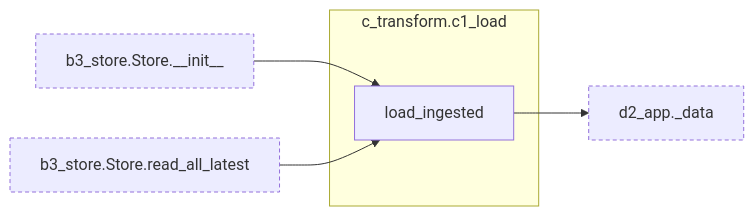
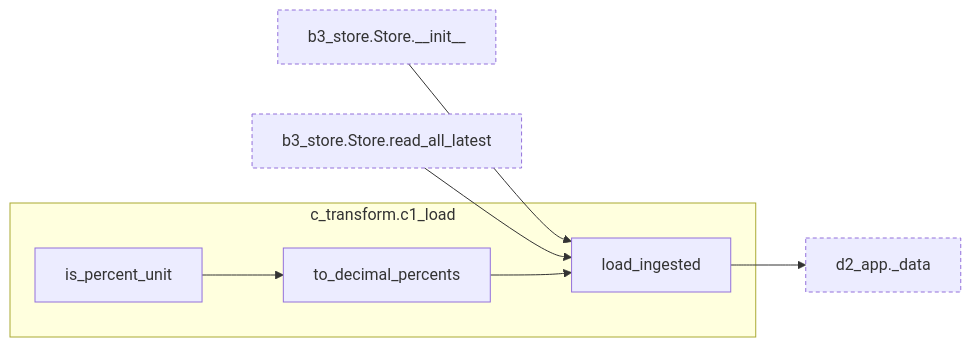
Before and after one commit to bsawyerg15/MacroScan: diagram 11 of 15 in docs/architecture.md, drawn with Mermaid. The commit also changed other lines of this file and 11 other files, not shown here.

````diff
--- a/docs/architecture.md
+++ b/docs/architecture.md
@@ -920,17 +924,23 @@
 ```mermaid
 flowchart LR
   subgraph this["c_transform.c1_load"]
+    n_c_transform_c1_load_is_percent_unit["is_percent_unit"]
     n_c_transform_c1_load_load_ingested["load_ingested"]
+    n_c_transform_c1_load_to_decimal_percents["to_decimal_percents"]
   end
   n_b_ingest_b3_store_Store___init__["b3_store.Store.__init__"]:::ext
   n_b_ingest_b3_store_Store_read_all_latest["b3_store.Store.read_all_latest"]:::ext
   n_d_visualization_d2_app__data["d2_app._data"]:::ext
   n_b_ingest_b3_store_Store___init__ --> n_c_transform_c1_load_load_ingested
   n_b_ingest_b3_store_Store_read_all_latest --> n_c_transform_c1_load_load_ingested
+  n_c_transform_c1_load_to_decimal_percents --> n_c_transform_c1_load_load_ingested
+  n_c_transform_c1_load_is_percent_unit --> n_c_transform_c1_load_to_decimal_percents
   n_c_transform_c1_load_load_ingested --> n_d_visualization_d2_app__data
   click n_b_ingest_b3_store_Store___init__ href "#fn-b_ingest-b3_store-Store.__init__"
   click n_b_ingest_b3_store_Store_read_all_latest href "#fn-b_ingest-b3_store-Store.read_all_latest"
+  click n_c_transform_c1_load_is_percent_unit href "#fn-c_transform-c1_load-is_percent_unit"
   click n_c_transform_c1_load_load_ingested href "#fn-c_transform-c1_load-load_ingested"
+  click n_c_transform_c1_load_to_decimal_percents href "#fn-c_transform-c1_load-to_decimal_percents"
   click n_d_visualization_d2_app__data href "#fn-d_visualization-d2_app-_data"
   classDef ext stroke-dasharray: 4 3
 ```
````
